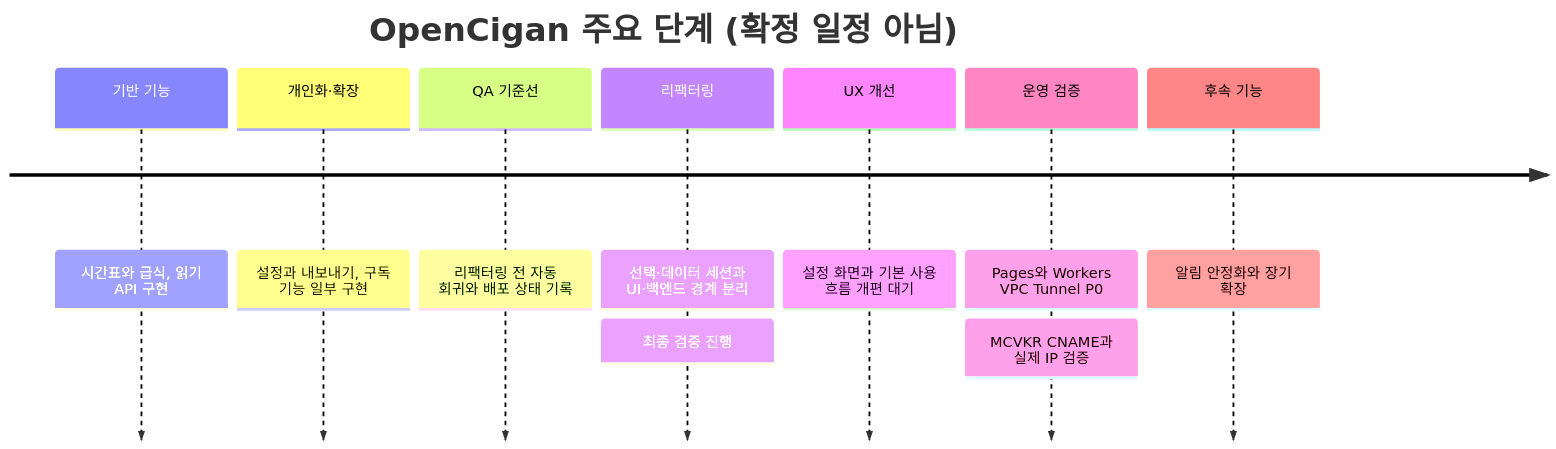
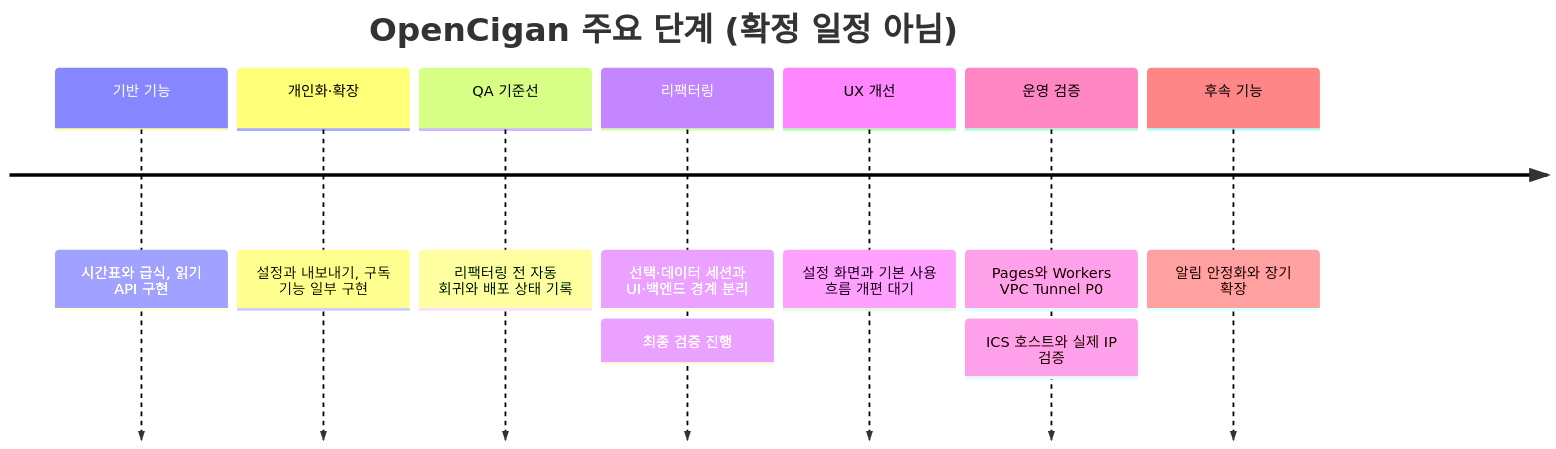
One commit to Transient-Onlooker/opencigan changed the first of 2 diagrams in docs/roadmap.md. Above: the diagram before and after it, drawn with Mermaid. The commit also changed other lines of this file and 3 other files, not shown here.

````diff
--- a/docs/roadmap.md
+++ b/docs/roadmap.md
@@ -7,11 +7,11 @@
 ```mermaid
 timeline
     title OpenCigan 주요 단계 (확정 일정 아님)
     기반 기능 : 시간표와 급식, 읽기 API 구현
     개인화·확장 : 설정과 내보내기, 구독 기능 일부 구현
     QA 기준선 : 리팩터링 전 자동 회귀와 배포 상태 기록
     리팩터링 : 선택·데이터 세션과 UI·백엔드 경계 분리 : 최종 검증 진행
     UX 개선 : 설정 화면과 기본 사용 흐름 개편 대기
-    운영 검증 : Pages와 Workers VPC Tunnel P0 : MCVKR CNAME과 실제 IP 검증
+    운영 검증 : Pages와 Workers VPC Tunnel P0 : ICS 호스트와 실제 IP 검증
     후속 기능 : 알림 안정화와 장기 확장
 ```
````
